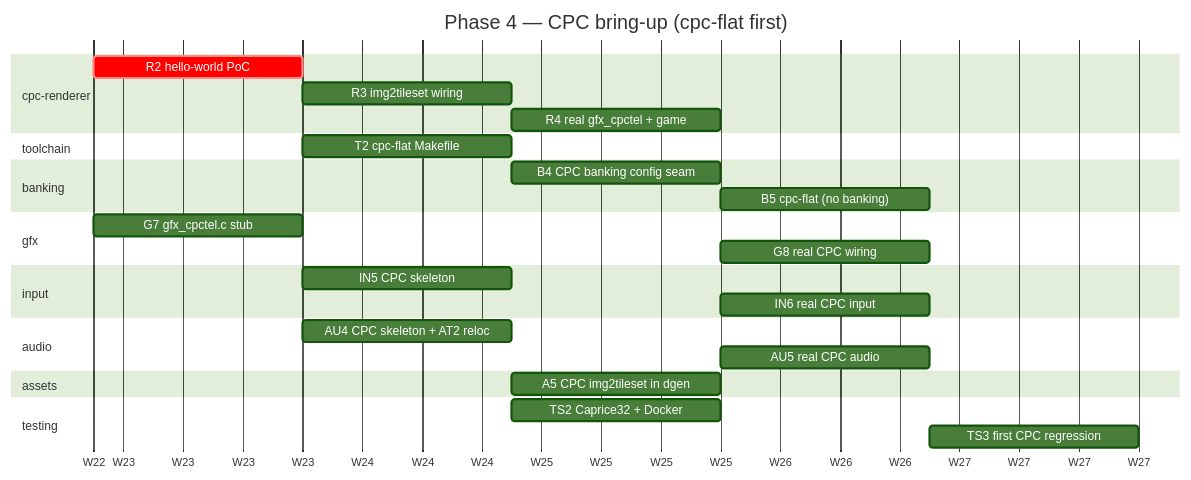
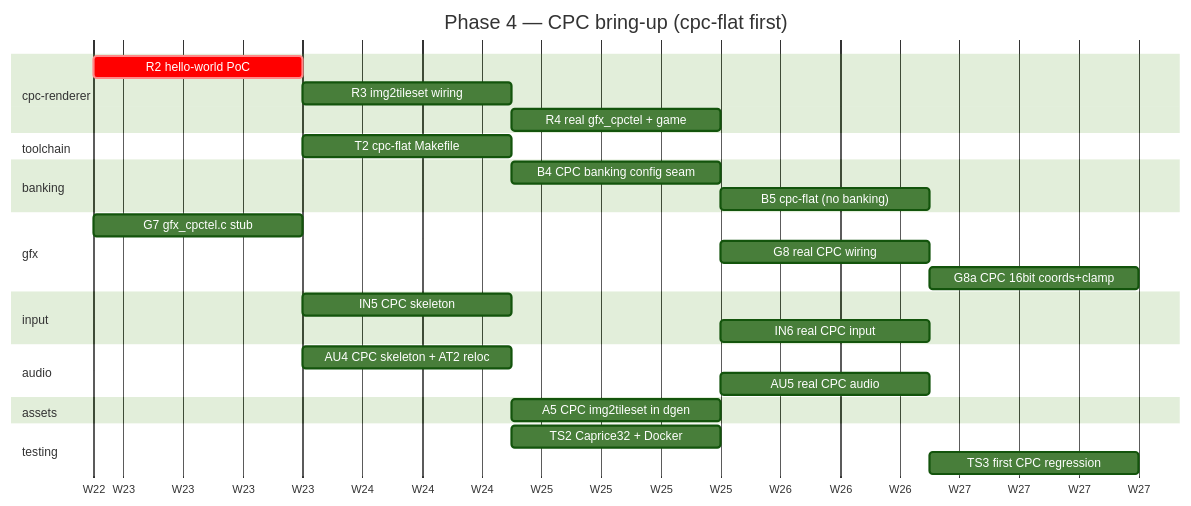
The sixth of 9 diagrams in doc/multiplatform-plan/management/gantt.md (jorgegv/rage1), drawn with Mermaid (forest theme) before and after one commit. The commit also changed 2 other files, not shown here.

Commit message:
plan: record cpc464-first Phase-4 scope (§5.12) + track G8a 16-bit-coords task + cpc6128 deferrals

````diff
--- a/doc/multiplatform-plan/management/gantt.md
+++ b/doc/multiplatform-plan/management/gantt.md
@@ -337,37 +337,38 @@
 ```mermaid
 gantt
   title Phase 4 — CPC bring-up (cpc-flat first)
   dateFormat YYYY-MM-DD
   axisFormat W%V
 
   section cpc-renderer
   R2 hello-world PoC          :crit, r2, after r1, 7d
   R3 img2tileset wiring       :r3, after r2, 7d
   R4 real gfx_cpctel + game   :r4, after r3 g7, 7d
 
   section toolchain
   T2 cpc-flat Makefile        :t2, after r2 t1, 7d
 
   section banking
   B4 CPC banking config seam  :b4, after b3 t2, 7d
   B5 cpc-flat (no banking)    :b5, after b4, 7d
 
   section gfx
   G7 gfx_cpctel.c stub        :g7, after g6 r1, 7d
   G8 real CPC wiring          :g8, after r4 g7, 7d
+  G8a CPC 16bit coords+clamp  :g8a, after g8, 7d
 
   section input
   IN5 CPC skeleton            :in5, after in4 r2, 7d
   IN6 real CPC input          :in6, after in5 r4, 7d
 
   section audio
   AU4 CPC skeleton + AT2 reloc:au4, after au3 r2, 7d
   AU5 real CPC audio          :au5, after au4 r4, 7d
 
   section assets
   A5 CPC img2tileset in dgen  :a5, after a4 r3, 7d
 
   section testing
   TS2 Caprice32 + Docker      :ts2, after t2, 7d
   TS3 first CPC regression    :ts3, after r4 g8 ts2, 7d
 ```
````
